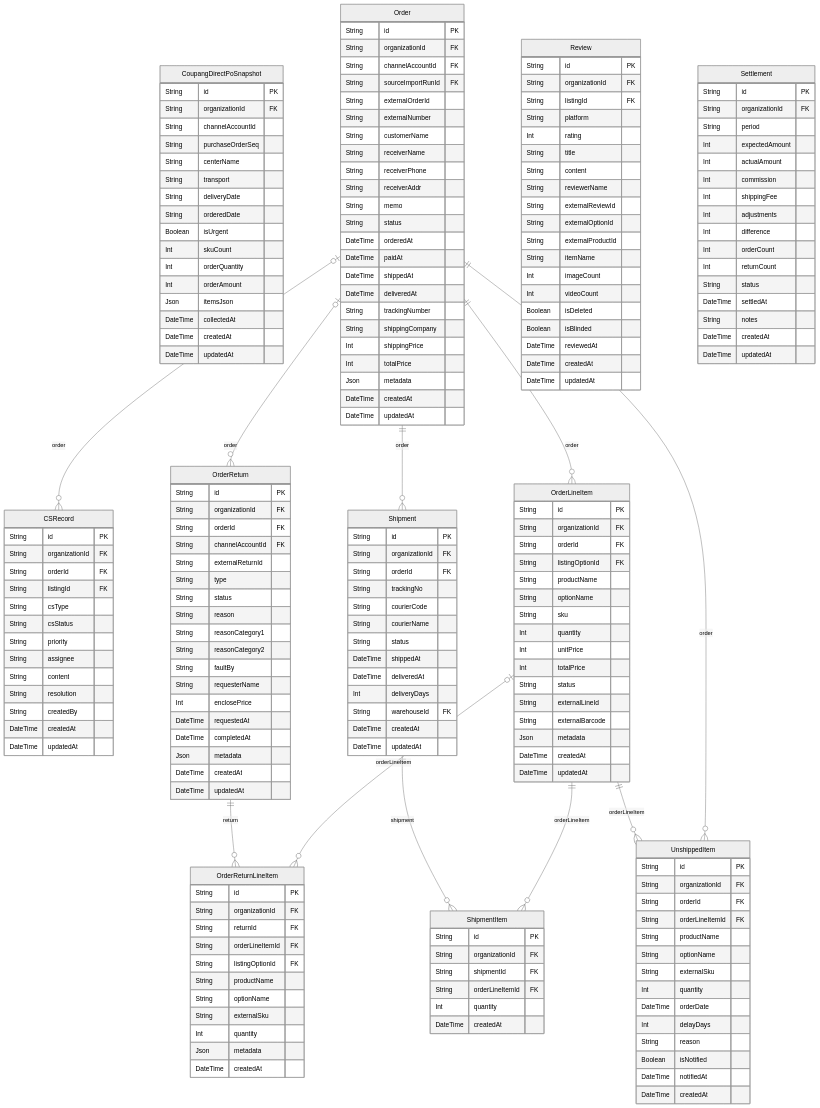
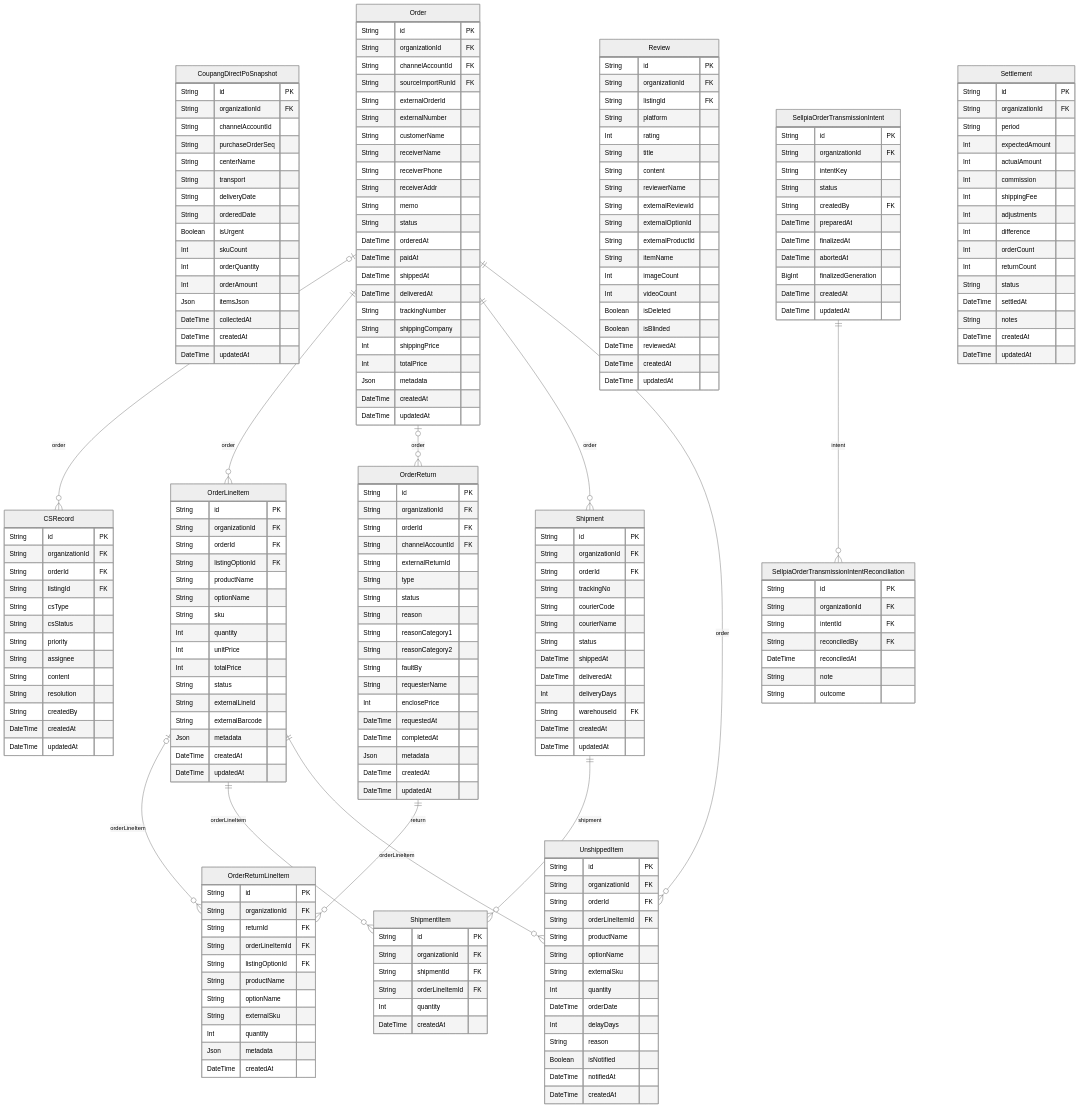
Before and after one commit to AgentFoundry-Labs/kiditem: the diagram in docs/erd/orders.md, drawn with Mermaid (neutral theme). The commit also changed other lines of this file and 73 other files, not shown here.

First line of the commit message:
fix: decouple Sellpia transmission from inventory

````diff
--- a/docs/erd/orders.md
+++ b/docs/erd/orders.md
@@ -155,6 +157,28 @@
     DateTime createdAt
     DateTime updatedAt
   }
+  SellpiaOrderTransmissionIntent {
+    String id PK
+    String organizationId FK
+    String intentKey
+    String status
+    String createdBy FK
+    DateTime preparedAt
+    DateTime finalizedAt
+    DateTime abortedAt
+    BigInt finalizedGeneration
+    DateTime createdAt
+    DateTime updatedAt
+  }
+  SellpiaOrderTransmissionIntentReconciliation {
+    String id PK
+    String organizationId FK
+    String intentId FK
+    String reconciledBy FK
+    DateTime reconciledAt
+    String note
+    String outcome
+  }
   Settlement {
     String id PK
     String organizationId FK
@@ -221,5 +245,6 @@
   OrderLineItem ||--o{ ShipmentItem : "orderLineItem"
   OrderLineItem ||--o{ UnshippedItem : "orderLineItem"
   OrderReturn ||--o{ OrderReturnLineItem : "return"
+  SellpiaOrderTransmissionIntent ||--o{ SellpiaOrderTransmissionIntentReconciliation : "intent"
   Shipment ||--o{ ShipmentItem : "shipment"
 ```
````
